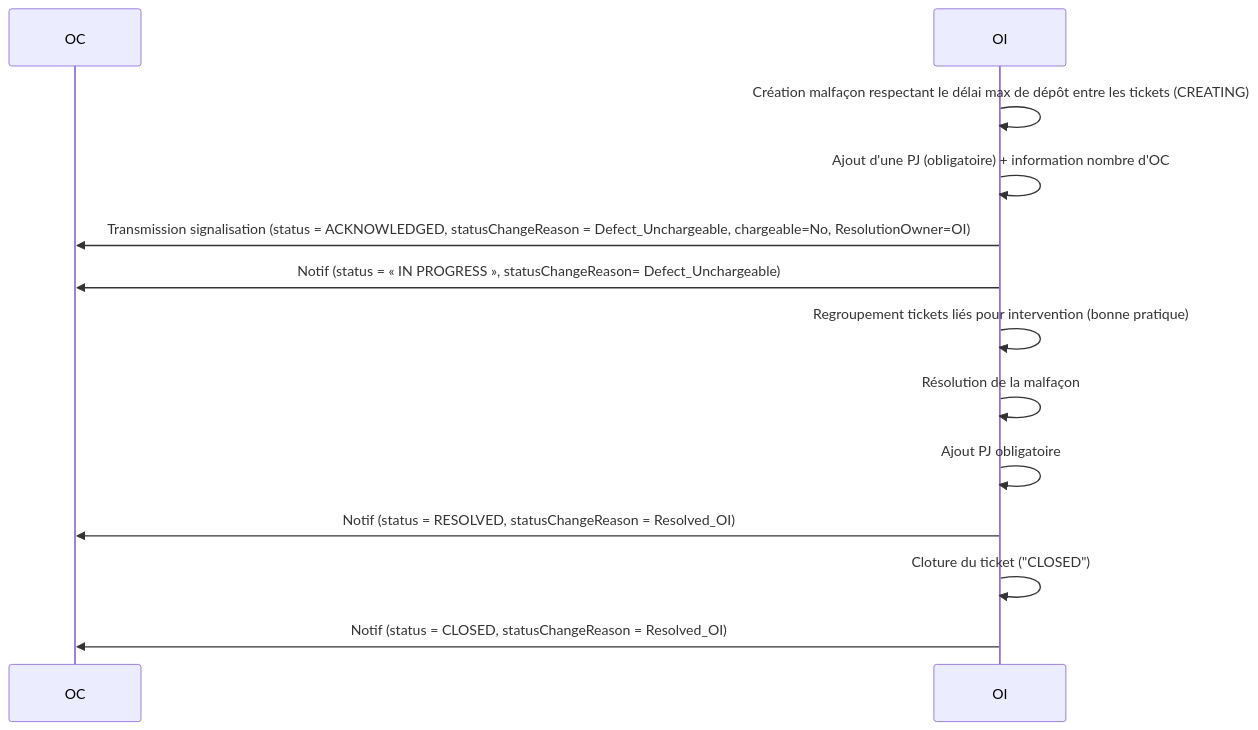
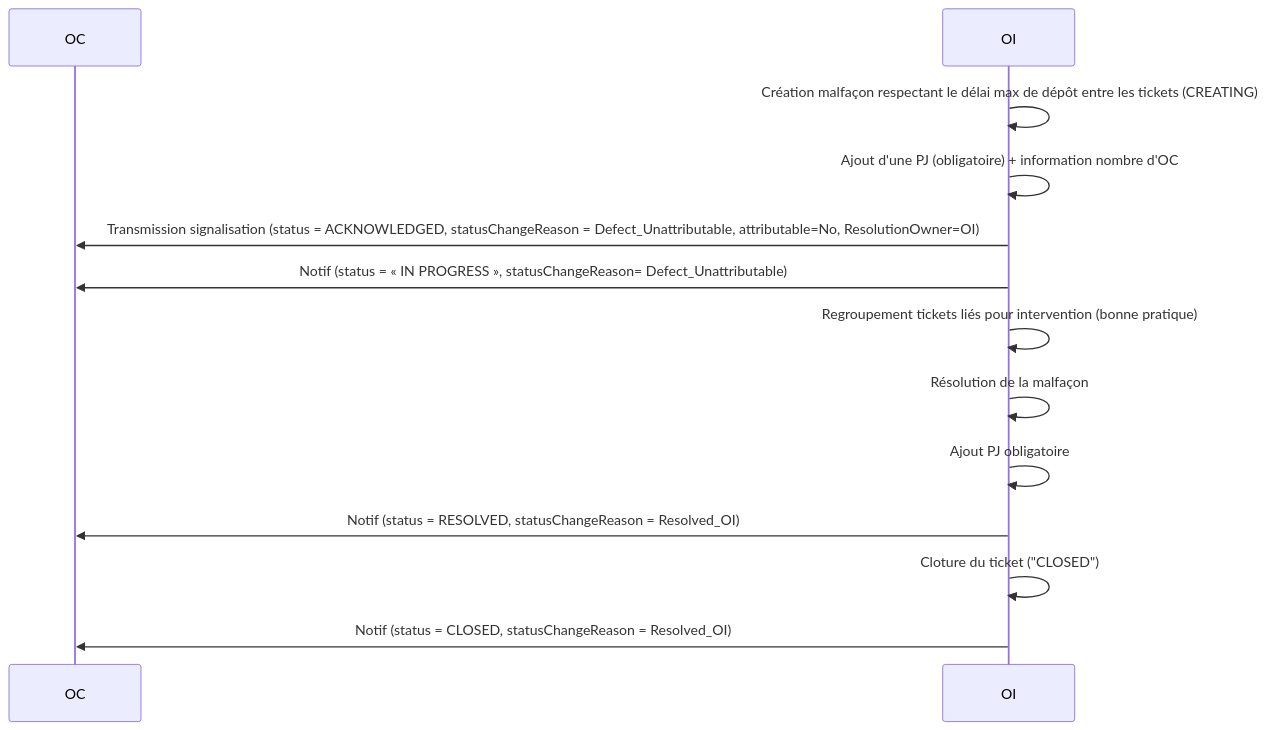
One commit to before-interop/malfacon changed the third of 12 diagrams in README.md. Above: the diagram before and after it, drawn with Mermaid. The commit also changed other lines of this file, not shown here.

````diff
--- a/README.md
+++ b/README.md
@@ -365,17 +395,17 @@
 ```mermaid
 sequenceDiagram
 
   participant OC
   participant OI
 
   OI->>OI: Création malfaçon respectant le délai max de dépôt entre les tickets (CREATING)
   OI->>OI: Ajout d'une PJ (obligatoire) + information nombre d'OC
-  OI->>OC: Transmission signalisation (status = ACKNOWLEDGED, statusChangeReason = Defect_Unchargeable, chargeable=No, ResolutionOwner=OI)
-  OI->>OC: Notif (status = « IN PROGRESS », statusChangeReason= Defect_Unchargeable)
+  OI->>OC: Transmission signalisation (status = ACKNOWLEDGED, statusChangeReason = Defect_Unattributable, attributable=No, ResolutionOwner=OI)
+  OI->>OC: Notif (status = « IN PROGRESS », statusChangeReason= Defect_Unattributable)
   OI->>OI: Regroupement tickets liés pour intervention (bonne pratique)
   OI->>OI: Résolution de la malfaçon
   OI->>OI: Ajout PJ obligatoire
   OI->>OC: Notif (status = RESOLVED, statusChangeReason = Resolved_OI)
   OI->>OI: Cloture du ticket ("CLOSED")
   OI->>OC: Notif (status = CLOSED, statusChangeReason = Resolved_OI)
 ```
````
